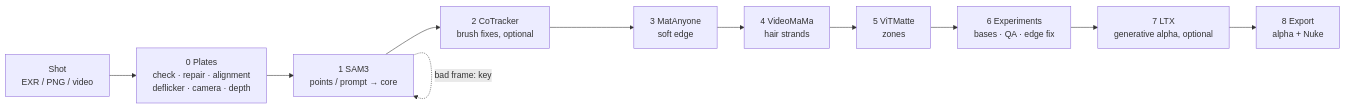
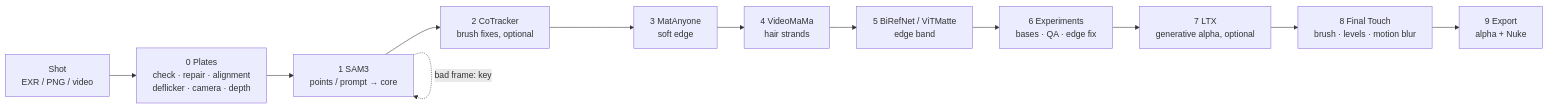
The diagram in README.md (fishfinger44/MatteDesk), drawn with Mermaid before and after one commit. The commit also changed other lines of this file and 34 other files, not shown here.

````diff
--- a/README.md
+++ b/README.md
@@ -60,13 +62,14 @@
 ```mermaid
 flowchart LR
     A[Shot<br/>EXR / PNG / video] --> P[0 Plates<br/>check · repair · alignment<br/>deflicker · camera · depth]
     P --> S[1 SAM3<br/>points / prompt → core]
     S --> B[2 CoTracker<br/>brush fixes, optional]
     B --> M[3 MatAnyone<br/>soft edge]
     M --> V[4 VideoMaMa<br/>hair strands]
-    V --> T[5 ViTMatte<br/>zones]
+    V --> T[5 BiRefNet / ViTMatte<br/>edge band]
     T --> X[6 Experiments<br/>bases · QA · edge fix]
     X --> L[7 LTX<br/>generative alpha, optional]
-    L --> E[8 Export<br/>alpha + Nuke]
+    L --> F[8 Final Touch<br/>brush · levels · motion blur]
+    F --> E[9 Export<br/>alpha + Nuke]
     S -.->|bad frame: key| S
 ```
````
